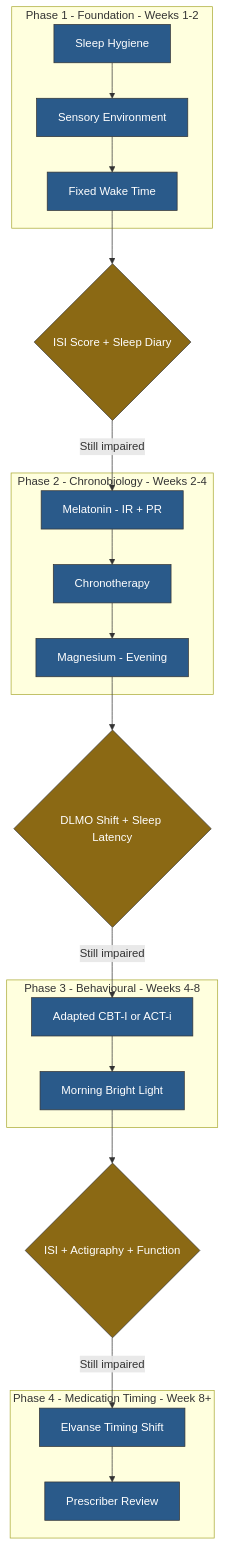
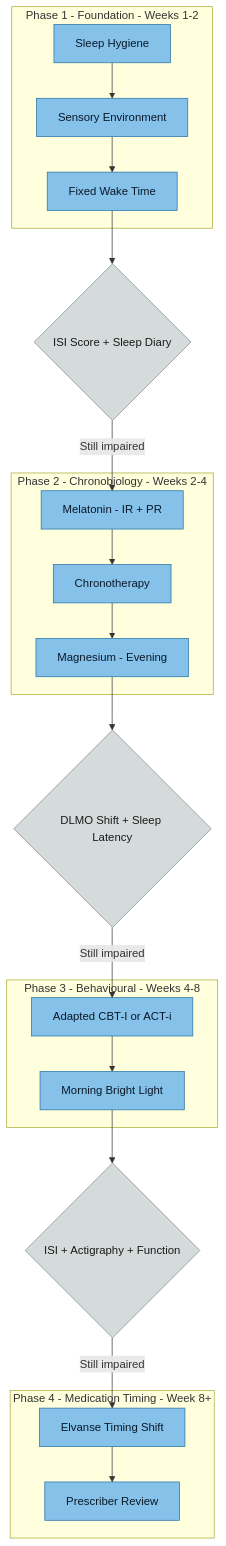
Before and after one commit to Aegis-commits/ag-hfe-adhd-asd-research: the diagram in research/Sleep Intervention Protocols for AuDHD Adults.md, drawn with Mermaid. The commit also changed 39 other files, not shown here.

First line of the commit message:
docs(vault): standardise diagram colours for light-mode readability, add MOC quick nav

````diff
--- a/research/Sleep Intervention Protocols for AuDHD Adults.md
+++ b/research/Sleep Intervention Protocols for AuDHD Adults.md
@@ -37,47 +37,47 @@
 ```mermaid
 flowchart TD
     subgraph P1["Phase 1 - Foundation - Weeks 1-2"]
         HYGIENE["Sleep Hygiene"]
         SENSORY["Sensory Environment"]
         WAKE["Fixed Wake Time"]
     end
 
     GATE1{"ISI Score + Sleep Diary"}
 
     subgraph P2["Phase 2 - Chronobiology - Weeks 2-4"]
         MEL["Melatonin - IR + PR"]
         CHRONO["Chronotherapy"]
         MG["Magnesium - Evening"]
     end
 
     GATE2{"DLMO Shift + Sleep Latency"}
 
     subgraph P3["Phase 3 - Behavioural - Weeks 4-8"]
         ACT["Adapted CBT-I or ACT-i"]
         LIGHT["Morning Bright Light"]
     end
 
     GATE3{"ISI + Actigraphy + Function"}
 
     subgraph P4["Phase 4 - Medication Timing - Week 8+"]
         ELVANSE["Elvanse Timing Shift"]
         REVIEW["Prescriber Review"]
     end
 
     HYGIENE --> SENSORY --> WAKE
     WAKE --> GATE1
     GATE1 -->|"Still impaired"| MEL
     MEL --> CHRONO --> MG
     MG --> GATE2
     GATE2 -->|"Still impaired"| ACT
     ACT --> LIGHT
     LIGHT --> GATE3
     GATE3 -->|"Still impaired"| ELVANSE
     ELVANSE --> REVIEW
 
-    classDef phase fill:#2a5a8a,stroke:#333,color:#fff
-    classDef gate fill:#8b6914,stroke:#333,color:#fff
+    classDef phase fill:#85c1e9,stroke:#2471a3,color:#0a1929
+    classDef gate fill:#d5dbdb,stroke:#7f8c8d,color:#1a1a1a
 
     class HYGIENE,SENSORY,WAKE,MEL,CHRONO,MG,ACT,LIGHT,ELVANSE,REVIEW phase
     class GATE1,GATE2,GATE3 gate
 ```
````
